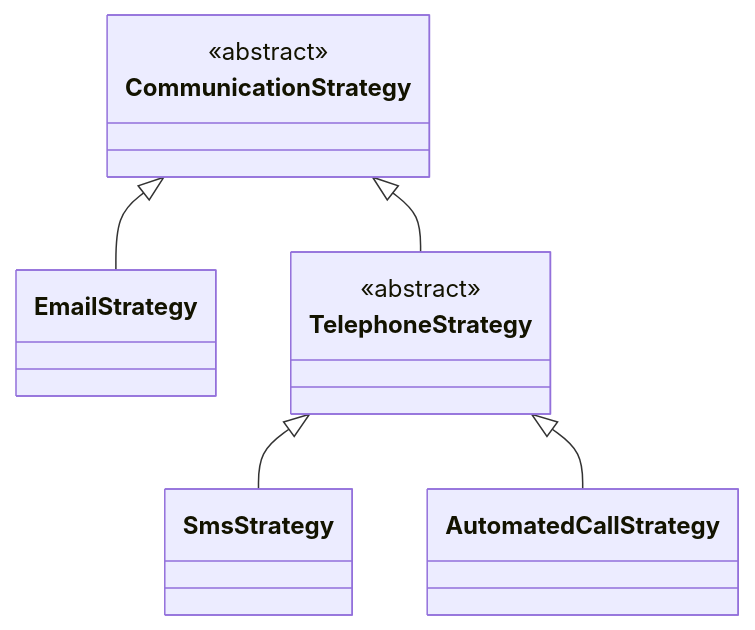
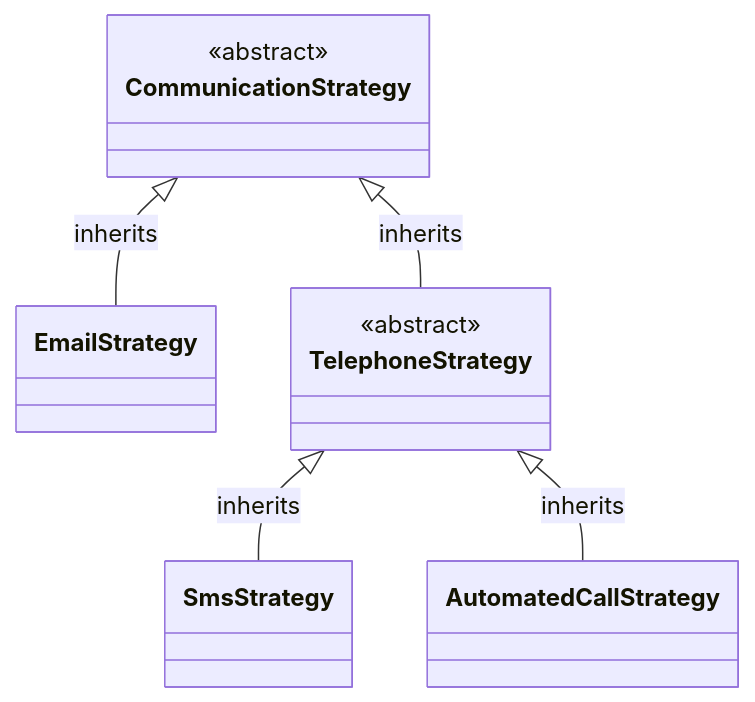
Before and after one commit to mrpmorris/Roslynject: the first of 4 diagrams in Docs/Filters/RegisterClassesDescendedFrom.md, drawn with Mermaid. The commit also changed 2 other files, not shown here.

Commit message:
inherits / implements

````diff
--- a/Docs/Filters/RegisterClassesDescendedFrom.md
+++ b/Docs/Filters/RegisterClassesDescendedFrom.md
@@ -30,14 +30,14 @@
 ```mermaid
 classDiagram
-    CommunicationStrategy <|-- EmailStrategy
-    CommunicationStrategy <|-- TelephoneStrategy
-    TelephoneStrategy <|-- SmsStrategy
-    TelephoneStrategy <|-- AutomatedCallStrategy
+    CommunicationStrategy <|-- EmailStrategy : inherits
+    CommunicationStrategy <|-- TelephoneStrategy : inherits
+    TelephoneStrategy <|-- SmsStrategy : inherits
+    TelephoneStrategy <|-- AutomatedCallStrategy : inherits
 
 class CommunicationStrategy {
    <<abstract>>
 }
 class TelephoneStrategy {
    <<abstract>>
 }
 ```
````
